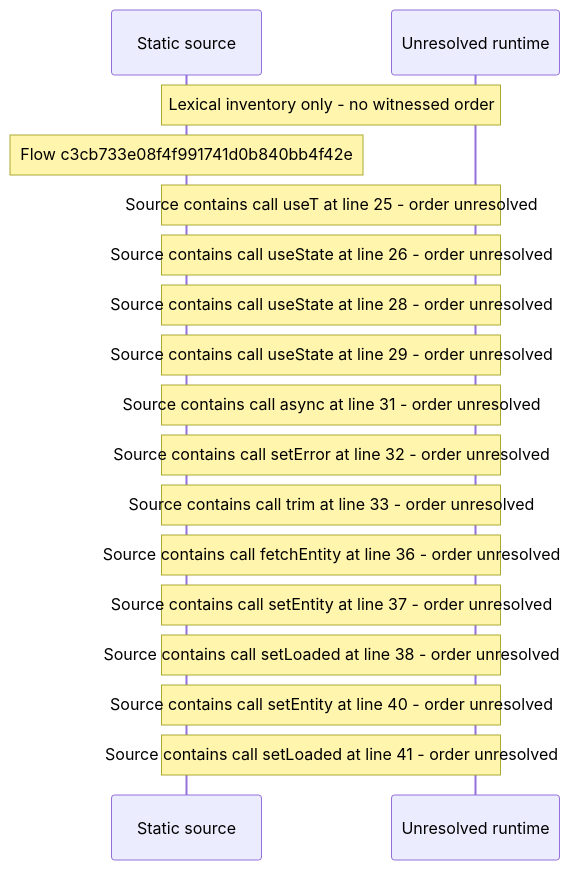
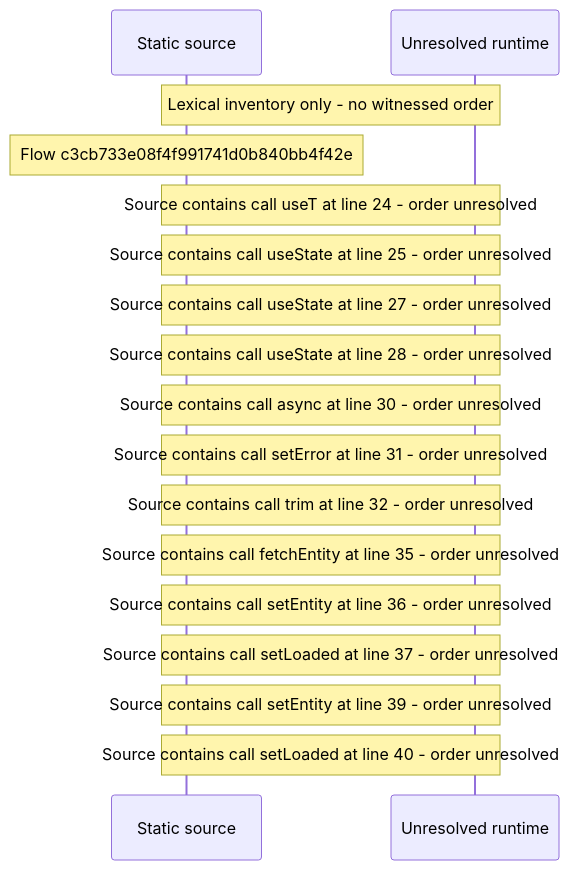
Before and after one commit to beamfall/core: the diagram in docs/web/flows/generated/c3cb733e08f4f991741d0b840bb4f42e/flow-diagram.md, drawn with Mermaid. The commit also changed other lines of this file and 715 other files, not shown here.

First line of the commit message:
Regenerate the web flow record on main after CORE-1117

````diff
--- a/docs/web/flows/generated/c3cb733e08f4f991741d0b840bb4f42e/flow-diagram.md
+++ b/docs/web/flows/generated/c3cb733e08f4f991741d0b840bb4f42e/flow-diagram.md
@@ -10,19 +10,19 @@
 ```mermaid
 sequenceDiagram
     participant S as Static source
     participant U as Unresolved runtime
     Note over S,U: Lexical inventory only - no witnessed order
     Note over S: Flow c3cb733e08f4f991741d0b840bb4f42e
-    Note over S,U: Source contains call useT at line 25 - order unresolved
-    Note over S,U: Source contains call useState at line 26 - order unresolved
+    Note over S,U: Source contains call useT at line 24 - order unresolved
+    Note over S,U: Source contains call useState at line 25 - order unresolved
+    Note over S,U: Source contains call useState at line 27 - order unresolved
     Note over S,U: Source contains call useState at line 28 - order unresolved
-    Note over S,U: Source contains call useState at line 29 - order unresolved
-    Note over S,U: Source contains call async at line 31 - order unresolved
-    Note over S,U: Source contains call setError at line 32 - order unresolved
-    Note over S,U: Source contains call trim at line 33 - order unresolved
-    Note over S,U: Source contains call fetchEntity at line 36 - order unresolved
-    Note over S,U: Source contains call setEntity at line 37 - order unresolved
-    Note over S,U: Source contains call setLoaded at line 38 - order unresolved
-    Note over S,U: Source contains call setEntity at line 40 - order unresolved
-    Note over S,U: Source contains call setLoaded at line 41 - order unresolved
+    Note over S,U: Source contains call async at line 30 - order unresolved
+    Note over S,U: Source contains call setError at line 31 - order unresolved
+    Note over S,U: Source contains call trim at line 32 - order unresolved
+    Note over S,U: Source contains call fetchEntity at line 35 - order unresolved
+    Note over S,U: Source contains call setEntity at line 36 - order unresolved
+    Note over S,U: Source contains call setLoaded at line 37 - order unresolved
+    Note over S,U: Source contains call setEntity at line 39 - order unresolved
+    Note over S,U: Source contains call setLoaded at line 40 - order unresolved
 ```
````
